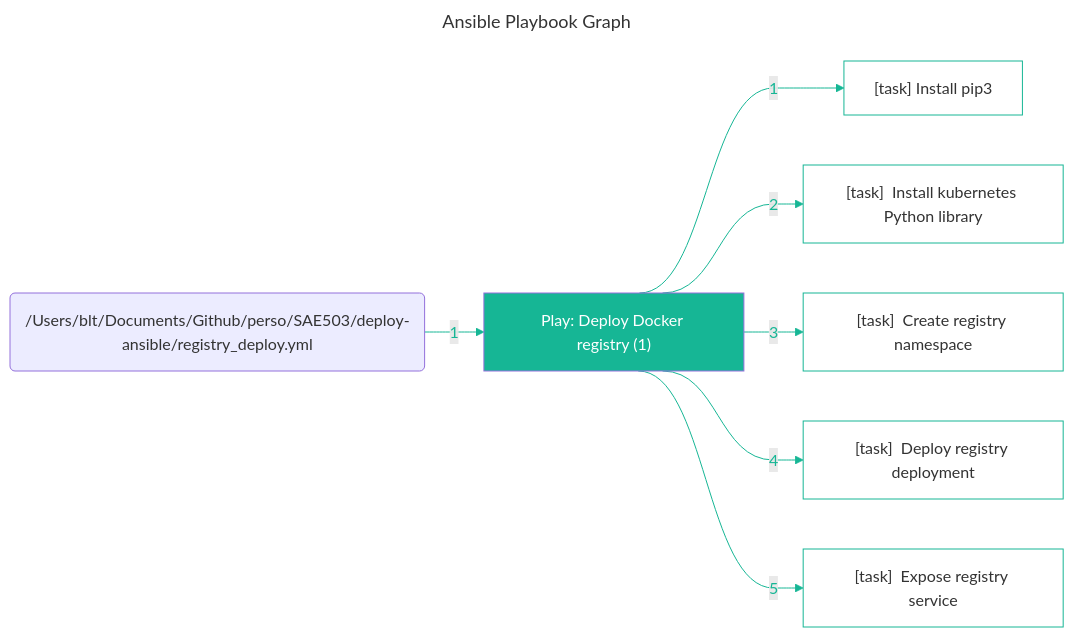
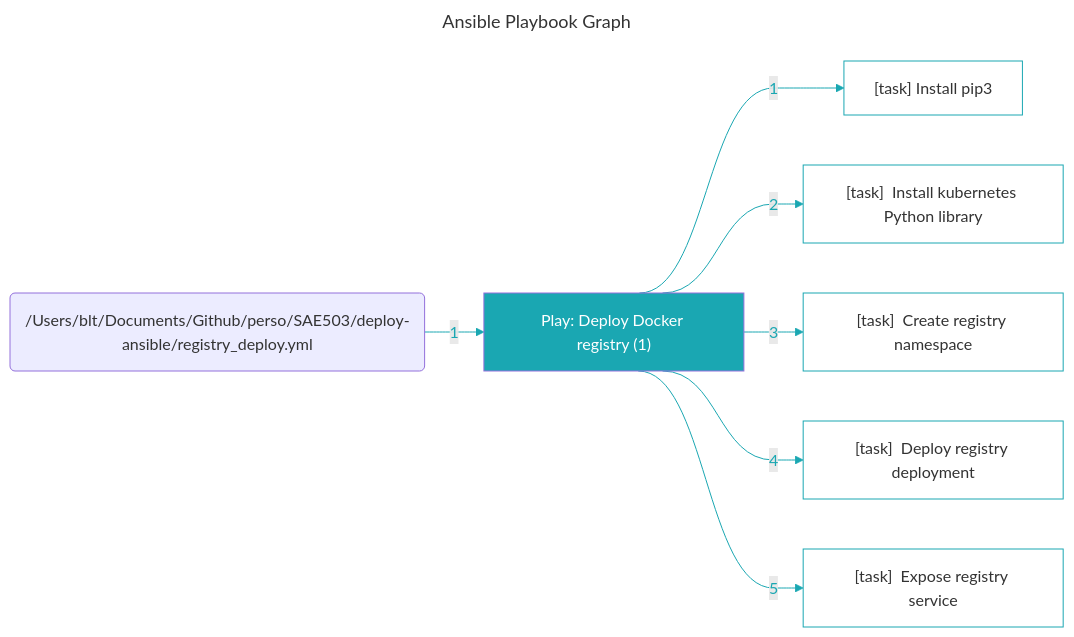
One commit to basilelt/SAE503 changed the diagram in graphs/registry_deploy.md. Above: the diagram before and after it, drawn with Mermaid. The commit also changed 6 other files, not shown here.

Commit message:
Refactor graph generation scripts to remove hardcoded paths and update playbook titles in markdown files

````diff
--- a/graphs/registry_deploy.md
+++ b/graphs/registry_deploy.md
@@ -1,37 +1,37 @@
 ```mermaid
 ---
 title: Ansible Playbook Graph
 ---
 %%{ init: { "flowchart": { "curve": "bumpX" } } }%%
 flowchart LR
 	%% Start of the playbook '/Users/blt/Documents/Github/perso/SAE503/deploy-ansible/registry_deploy.yml'
-	playbook_ddc4c294("/Users/blt/Documents/Github/perso/SAE503/deploy-ansible/registry_deploy.yml")
+	playbook_2c8462c5("/Users/blt/Documents/Github/perso/SAE503/deploy-ansible/registry_deploy.yml")
 		%% Start of the play 'Play: Deploy Docker registry (1)'
-		play_7ba024e9["Play: Deploy Docker registry (1)"]
-		style play_7ba024e9 fill:#16b695,color:#ffffff
-		playbook_ddc4c294 --> |"1"| play_7ba024e9
-		linkStyle 0 stroke:#16b695,color:#16b695
-			task_1c69a918["[task]  Install pip3"]
-			style task_1c69a918 stroke:#16b695,fill:#ffffff
-			play_7ba024e9 --> |"1"| task_1c69a918
-			linkStyle 1 stroke:#16b695,color:#16b695
-			task_2e607b06["[task]  Install kubernetes Python library"]
-			style task_2e607b06 stroke:#16b695,fill:#ffffff
-			play_7ba024e9 --> |"2"| task_2e607b06
-			linkStyle 2 stroke:#16b695,color:#16b695
-			task_8d83470a["[task]  Create registry namespace"]
-			style task_8d83470a stroke:#16b695,fill:#ffffff
-			play_7ba024e9 --> |"3"| task_8d83470a
-			linkStyle 3 stroke:#16b695,color:#16b695
-			task_ff97b8a4["[task]  Deploy registry deployment"]
-			style task_ff97b8a4 stroke:#16b695,fill:#ffffff
-			play_7ba024e9 --> |"4"| task_ff97b8a4
-			linkStyle 4 stroke:#16b695,color:#16b695
-			task_65423fb2["[task]  Expose registry service"]
-			style task_65423fb2 stroke:#16b695,fill:#ffffff
-			play_7ba024e9 --> |"5"| task_65423fb2
-			linkStyle 5 stroke:#16b695,color:#16b695
+		play_d0f6f590["Play: Deploy Docker registry (1)"]
+		style play_d0f6f590 fill:#1aa7b2,color:#ffffff
+		playbook_2c8462c5 --> |"1"| play_d0f6f590
+		linkStyle 0 stroke:#1aa7b2,color:#1aa7b2
+			task_e463739f["[task]  Install pip3"]
+			style task_e463739f stroke:#1aa7b2,fill:#ffffff
+			play_d0f6f590 --> |"1"| task_e463739f
+			linkStyle 1 stroke:#1aa7b2,color:#1aa7b2
+			task_9f2988d9["[task]  Install kubernetes Python library"]
+			style task_9f2988d9 stroke:#1aa7b2,fill:#ffffff
+			play_d0f6f590 --> |"2"| task_9f2988d9
+			linkStyle 2 stroke:#1aa7b2,color:#1aa7b2
+			task_735626ba["[task]  Create registry namespace"]
+			style task_735626ba stroke:#1aa7b2,fill:#ffffff
+			play_d0f6f590 --> |"3"| task_735626ba
+			linkStyle 3 stroke:#1aa7b2,color:#1aa7b2
+			task_87206e14["[task]  Deploy registry deployment"]
+			style task_87206e14 stroke:#1aa7b2,fill:#ffffff
+			play_d0f6f590 --> |"4"| task_87206e14
+			linkStyle 4 stroke:#1aa7b2,color:#1aa7b2
+			task_f46ac2b1["[task]  Expose registry service"]
+			style task_f46ac2b1 stroke:#1aa7b2,fill:#ffffff
+			play_d0f6f590 --> |"5"| task_f46ac2b1
+			linkStyle 5 stroke:#1aa7b2,color:#1aa7b2
 		%% End of the play 'Play: Deploy Docker registry (1)'
 	%% End of the playbook '/Users/blt/Documents/Github/perso/SAE503/deploy-ansible/registry_deploy.yml'
 
 ```
````
